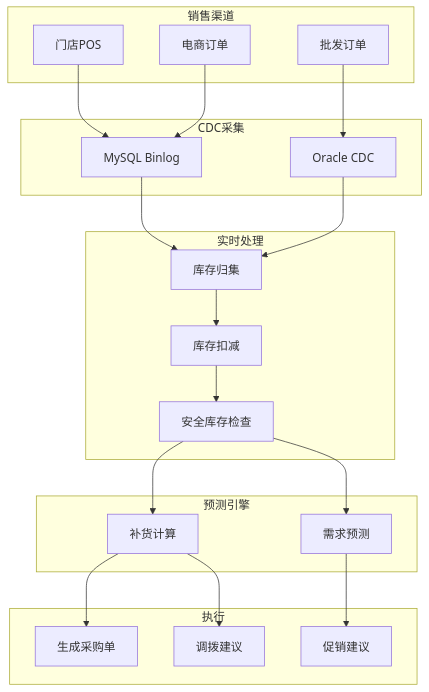
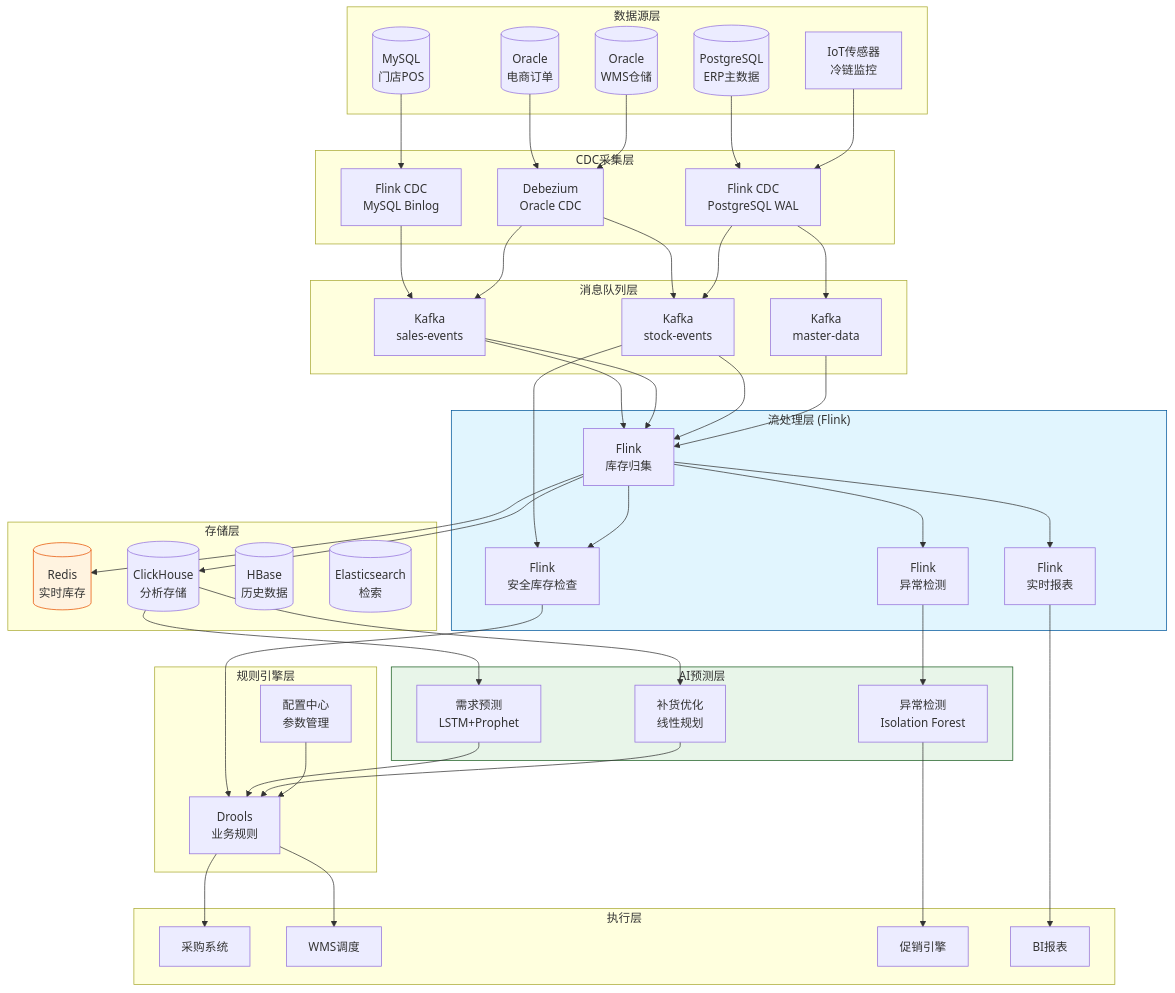
One commit to AdaMartin18010/AnalysisDataFlow changed the first of 4 diagrams in phase2-case-studies/supply-chain/11.4.1-supply-chain-inventory.md. Above: the diagram before and after it, drawn with Mermaid. The commit also changed other lines of this file and 254 other files, not shown here.

````diff
--- a/phase2-case-studies/supply-chain/11.4.1-supply-chain-inventory.md
+++ b/phase2-case-studies/supply-chain/11.4.1-supply-chain-inventory.md
@@ -47,42 +187,83 @@
 ```mermaid
-flowchart TB
-    subgraph Sales[销售渠道]
-        S1[门店POS]
-        S2[电商订单]
-        S3[批发订单]
+graph TB
+    subgraph DataSource["数据源层"]
+        DB1[(MySQL<br/>门店POS)]
+        DB2[(Oracle<br/>电商订单)]
+        DB3[(Oracle<br/>WMS仓储)]
+        DB4[(PostgreSQL<br/>ERP主数据)]
+        IoT["IoT传感器<br/>冷链监控"]
     end
 
-    subgraph CDC[CDC采集]
-        C1[MySQL Binlog]
-        C2[Oracle CDC]
+    subgraph CDC["CDC采集层"]
+        F1[Flink CDC<br/>MySQL Binlog]
+        F2[Debezium<br/>Oracle CDC]
+        F3[Flink CDC<br/>PostgreSQL WAL]
     end
 
-    subgraph Processing[实时处理]
-        P1[库存归集]
-        P2[库存扣减]
-        P3[安全库存检查]
+    subgraph KafkaMQ["消息队列层"]
+        K1[Kafka<br/>sales-events]
+        K2[Kafka<br/>stock-events]
+        K3[Kafka<br/>master-data]
     end
 
-    subgraph Prediction[预测引擎]
-        PR1[需求预测]
-        PR2[补货计算]
+    subgraph Process["流处理层 (Flink)"]
+        P1[Flink<br/>库存归集]
+        P2[Flink<br/>安全库存检查]
+        P3[Flink<br/>异常检测]
+        P4[Flink<br/>实时报表]
     end
 
-    subgraph Actions[执行]
-        A1[生成采购单]
-        A2[调拨建议]
-        A3[促销建议]
+    subgraph AI["AI预测层"]
+        M1[需求预测<br/>LSTM+Prophet]
+        M2[异常检测<br/>Isolation Forest]
+        M3[补货优化<br/>线性规划]
     end
 
-    S1 --> C1
-    S2 --> C1
-    S3 --> C2
-    C1 --> P1
-    C2 --> P1
-    P1 --> P2 --> P3
-    P3 --> PR1
-    P3 --> PR2
-    PR2 --> A1
-    PR2 --> A2
-    PR1 --> A3
+    subgraph Rules["规则引擎层"]
+        R1[Drools<br/>业务规则]
+        R2[配置中心<br/>参数管理]
+    end
+
+    subgraph Storage["存储层"]
+        Redis[(Redis<br/>实时库存)]
+        CH[(ClickHouse<br/>分析存储)]
+        HBase[(HBase<br/>历史数据)]
+        ES[(Elasticsearch<br/>检索)]
+    end
+
+    subgraph Action["执行层"]
+        A1[采购系统]
+        A2[WMS调度]
+        A3[促销引擎]
+        A4[BI报表]
+    end
+
+    DB1 --> F1 --> K1 --> P1
+    DB2 --> F2 --> K1 --> P1
+    DB3 --> F2 --> K2 --> P1
+    DB4 --> F3 --> K3 --> P1
+    IoT --> F3 --> K2 --> P2
+
+    P1 --> P2
+    P1 --> P3
+    P1 --> P4
+    P1 --> Redis
+    P1 --> CH
+
+    P2 --> R1
+    P3 --> M2
+    CH --> M1
+    CH --> M3
+    M1 --> R1
+    M3 --> R1
+    R2 --> R1
+
+    R1 --> A1
+    R1 --> A2
+    M2 --> A3
+    P4 --> A4
+
+    style Process fill:#e1f5fe,stroke:#01579b
+    style AI fill:#e8f5e9,stroke:#1b5e20
+    style Redis fill:#fff3e0,stroke:#e65100
 ```
````
